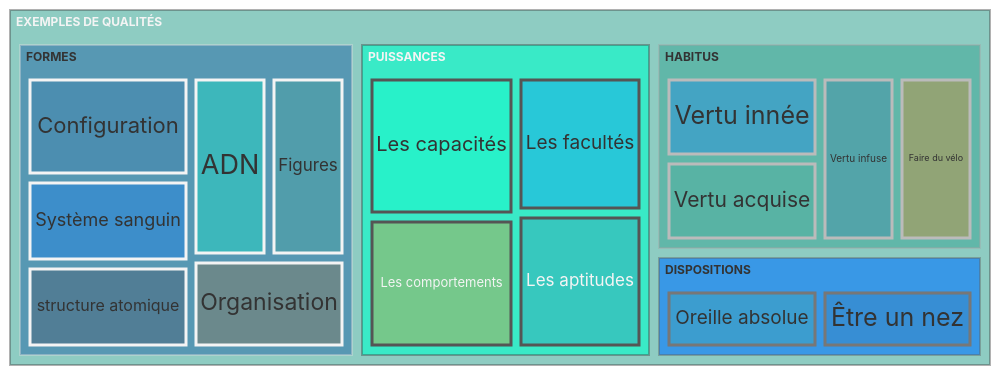
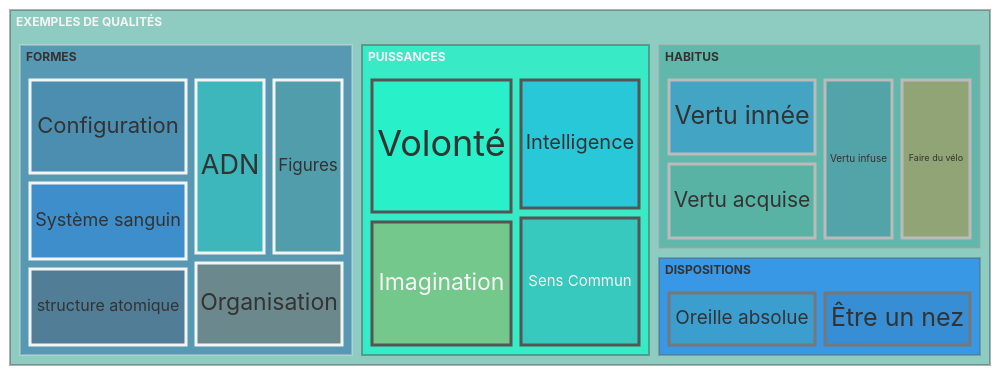
The diagram in qualités.mmd (IpadDilectio/Mairmaid), drawn with Mermaid before and after one commit.

Commit message:
Modification des exemples de puissance
J'ai mis des exemples de puissances humaines.

```diff
--- a/qualités.mmd
+++ b/qualités.mmd
@@ -1,40 +1,40 @@
 ---
 config:
   theme: neutral
   themeVariables:
     fontFamily: verdana
   treemap:
     showValues: false
     labelFontSize: 24
 ---
 treemap-beta
 "EXEMPLES DE QUALITÉS":::menthe
   "FORMES":::bleu
     "Système sanguin":20:::azul
     "structure atomique":20:::ardoise
     "ADN":20:::turquoise
     "Figures":20:::menthe
     "Configuration":24:::bleu
     "Organisation":20:::ocre
   "PUISSANCES":::turquoise
-    "Les facultés":25:::azul
-    "Les capacités":30:::turquoise
-    "Les aptitudes":25:::bleu
-    "Les comportements":28:::orange
+    "Intelligence":25:::azul
+    "Volonté":30:::turquoise
+    "Sens Commun":25:::bleu
+    "Imagination":28:::orange
   "DISPOSITIONS":::azul
     "Oreille absolue":20:::menthe
     "Être un nez":20:::bleu
   "HABITUS":::menthe
     "Vertu innée":20:::azul
     "Vertu acquise":20:::menthe
     "Vertu infuse":20:::bleu
     "Faire du vélo":20:::orange
 
 classDef azul fill:#07F
 classDef turquoise fill:#0FC
 classDef orange fill:#F70
 classDef ocre fill:#963
 classDef bleu fill:#37A
 classDef menthe fill:#4A9
 classDef marron fill:#544
 classDef ardoise fill:#445
```
